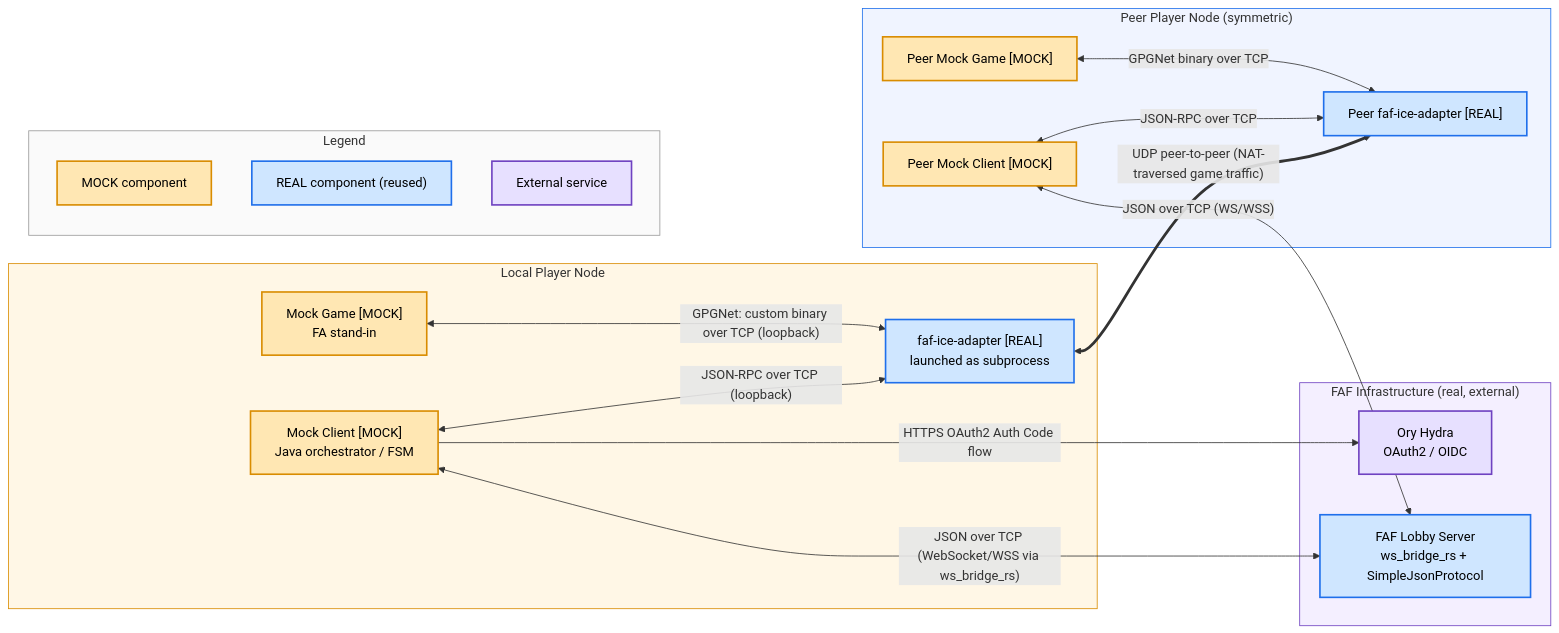
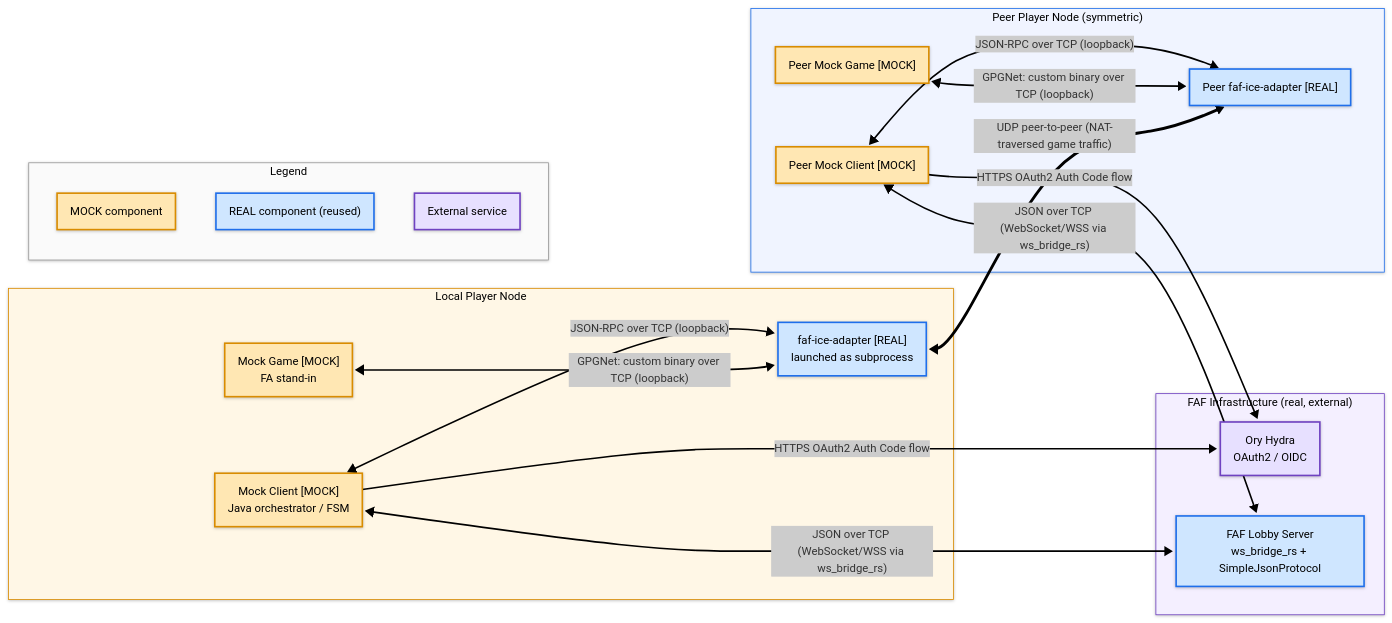
One commit to md-173/faf-test-harness changed the diagram in documentation/diagrams/architecture.md. Above: the diagram before and after it, drawn with Mermaid. The commit also changed other lines of this file, not shown here.

Commit message:
docs: reformat architecture.md

````diff
--- a/documentation/diagrams/architecture.md
+++ b/documentation/diagrams/architecture.md
@@ -8,47 +14,49 @@
 ```mermaid
+---
+config:
+  fontFamily: '''Recursive Variable'', sans-serif'
+  themeVariables:
+    fontFamily: '''Recursive Variable'', sans-serif'
+  theme: neo
+  look: neo
+---
 flowchart LR
     classDef mock fill:#ffe7b3,stroke:#d98c00,stroke-width:2px,color:#000
     classDef real fill:#cfe6ff,stroke:#1f6feb,stroke-width:2px,color:#000
     classDef external fill:#e7e0ff,stroke:#6f42c1,stroke-width:2px,color:#000
-
     subgraph FAF["FAF Infrastructure (real, external)"]
         HYDRA["Ory Hydra<br/>OAuth2 / OIDC"]
         LS["FAF Lobby Server<br/>ws_bridge_rs + SimpleJsonProtocol"]
     end
-
     subgraph LOCAL["Local Player Node"]
         MC["Mock Client [MOCK]<br/>Java orchestrator / FSM"]
         IA["faf-ice-adapter [REAL]<br/>launched as subprocess"]
         MG["Mock Game [MOCK]<br/>FA stand-in"]
     end
-
     subgraph PEER["Peer Player Node (symmetric)"]
         PMC["Peer Mock Client [MOCK]"]
         PIA["Peer faf-ice-adapter [REAL]"]
         PMG["Peer Mock Game [MOCK]"]
     end
-
     subgraph LEGEND["Legend"]
         L1["MOCK component"]
         L2["REAL component (reused)"]
         L3["External service"]
     end
-
-    MC -->|"HTTPS OAuth2 Auth Code flow"| HYDRA
-    MC <-->|"JSON over TCP (WebSocket/WSS via ws_bridge_rs)"| LS
-    MC <-->|"JSON-RPC over TCP (loopback)"| IA
-    MG <-->|"GPGNet: custom binary over TCP (loopback)"| IA
+    MC  -->|"HTTPS OAuth2 Auth Code flow"| HYDRA
+    PMC -->|"HTTPS OAuth2 Auth Code flow"| HYDRA
+    MC  <-->|"JSON over TCP (WebSocket/WSS via ws_bridge_rs)"| LS
+    PMC <-->|"JSON over TCP (WebSocket/WSS via ws_bridge_rs)"| LS
+    MC  <-->|"JSON-RPC over TCP (loopback)"| IA
+    MG  <-->|"GPGNet: custom binary over TCP (loopback)"| IA
+    PMC <-->|"JSON-RPC over TCP (loopback)"| PIA
+    PMG <-->|"GPGNet: custom binary over TCP (loopback)"| PIA
     IA <==>|"UDP peer-to-peer (NAT-traversed game traffic)"| PIA
-    PMC <-->|"JSON over TCP (WS/WSS)"| LS
-    PMC <-->|"JSON-RPC over TCP"| PIA
-    PMG <-->|"GPGNet binary over TCP"| PIA
-
     class MC,MG,PMC,PMG,L1 mock
     class IA,LS,PIA,L2 real
     class HYDRA,L3 external
-
     style FAF fill:#f4efff,stroke:#6f42c1,stroke-width:1px
     style LOCAL fill:#fff7e6,stroke:#d98c00,stroke-width:1px
     style PEER fill:#f0f4ff,stroke:#1f6feb,stroke-width:1px
     style LEGEND fill:#fafafa,stroke:#999999,stroke-width:1px
 ```
````
